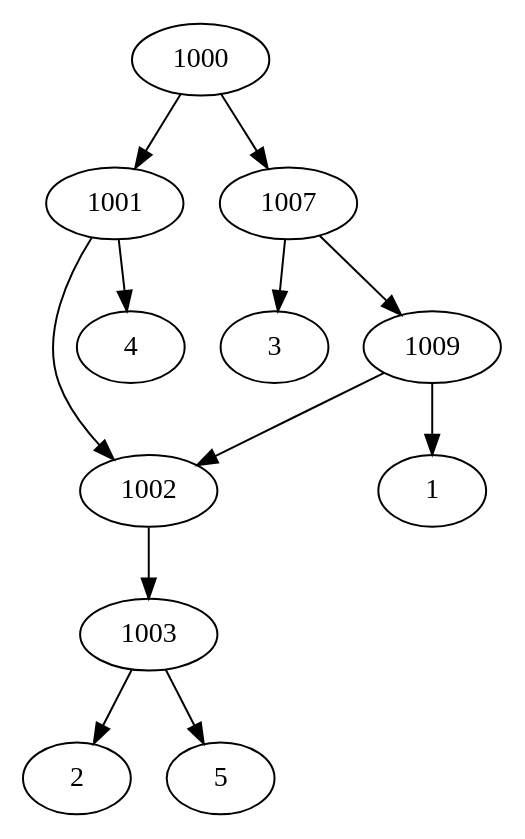
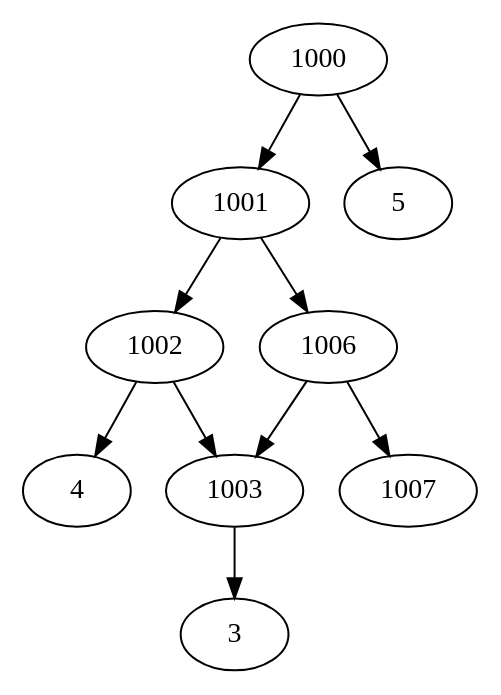
The diagram in ParsingTxt/upload.dot (iharnoor/PhylogeneticsWebsite), drawn with Graphviz before and after one commit. The commit also changed 8 other files, not shown here.

```diff
--- a/ParsingTxt/upload.dot
+++ b/ParsingTxt/upload.dot
@@ -1,16 +1,12 @@
 strict digraph G1 {
 1000 -> 1001
-1000 -> 1007
+1000 -> 5
 1001 -> 1002
-1001 -> 4
+1001 -> 1006
 1002 -> 1003
-1003 -> 2
-1003 -> 5
-1007 -> 3
-1007 -> 1009
-1009 -> 1
-1009 -> 1002
-1002 -> 1003
-1003 -> 2
-1003 -> 5
+1002 -> 4
+1003 -> 3
+1006 -> 1007
+1006 -> 1003
+1003 -> 3
 }
```
